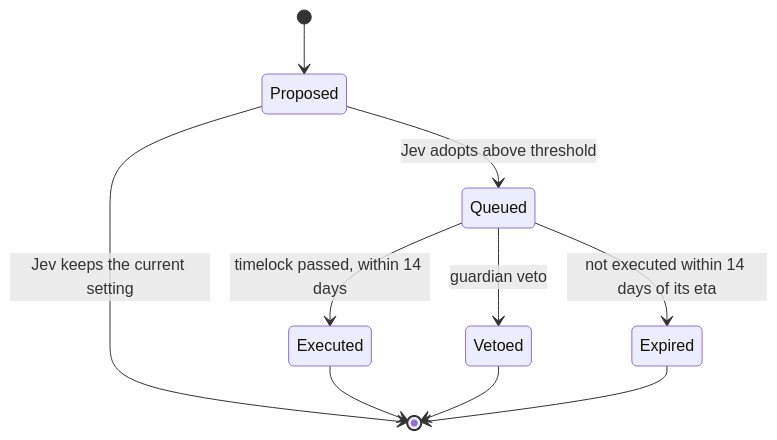
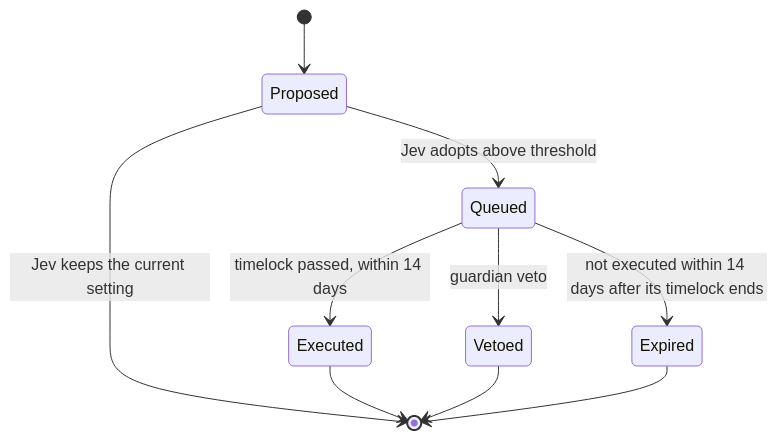
One commit to usebrainchain/brainchain changed the diagram in docs/architecture.md. Above: the diagram before and after it, drawn with Mermaid. The commit also changed other lines of this file and 18 other files, not shown here.

````diff
--- a/docs/architecture.md
+++ b/docs/architecture.md
@@ -47,12 +47,12 @@
 ```mermaid
 stateDiagram-v2
     [*] --> Proposed
     Proposed --> Queued: Jev adopts above threshold
     Proposed --> [*]: Jev keeps the current setting
     Queued --> Executed: timelock passed, within 14 days
     Queued --> Vetoed: guardian veto
-    Queued --> Expired: not executed within 14 days of its eta
+    Queued --> Expired: not executed within 14 days after its timelock ends
     Executed --> [*]
     Vetoed --> [*]
     Expired --> [*]
 ```
````
